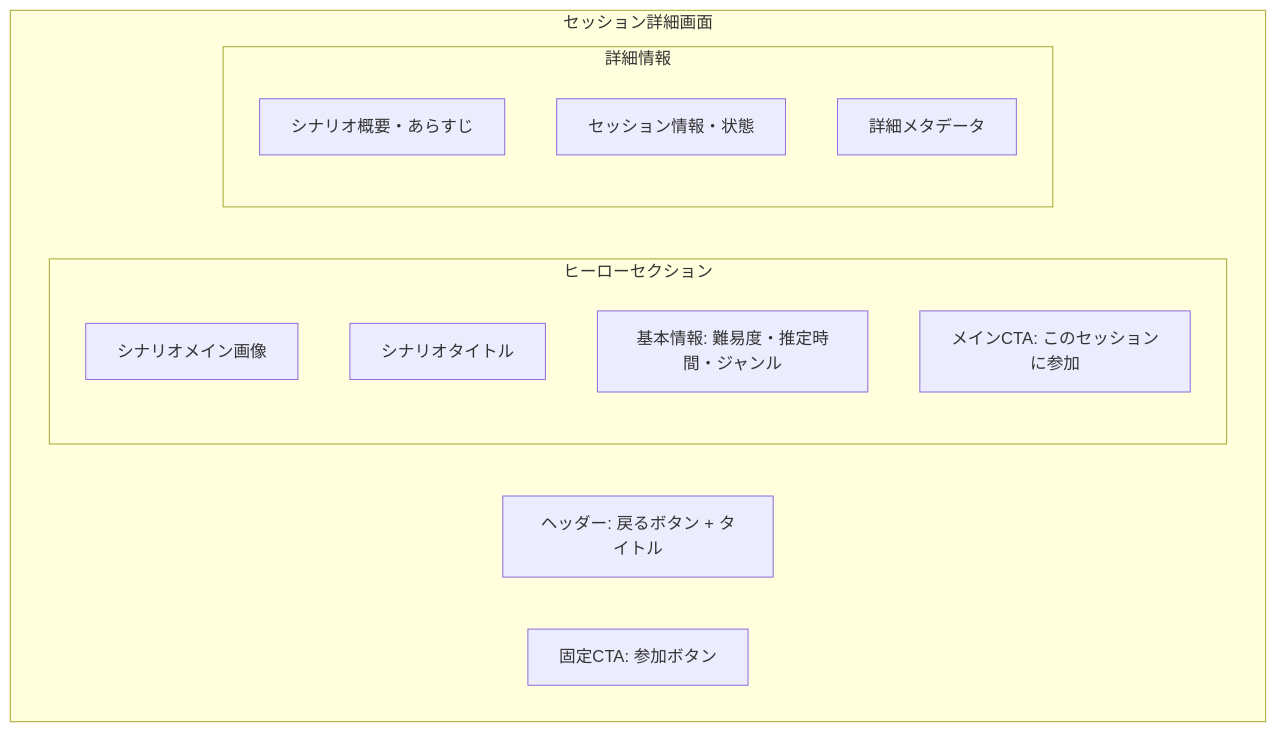
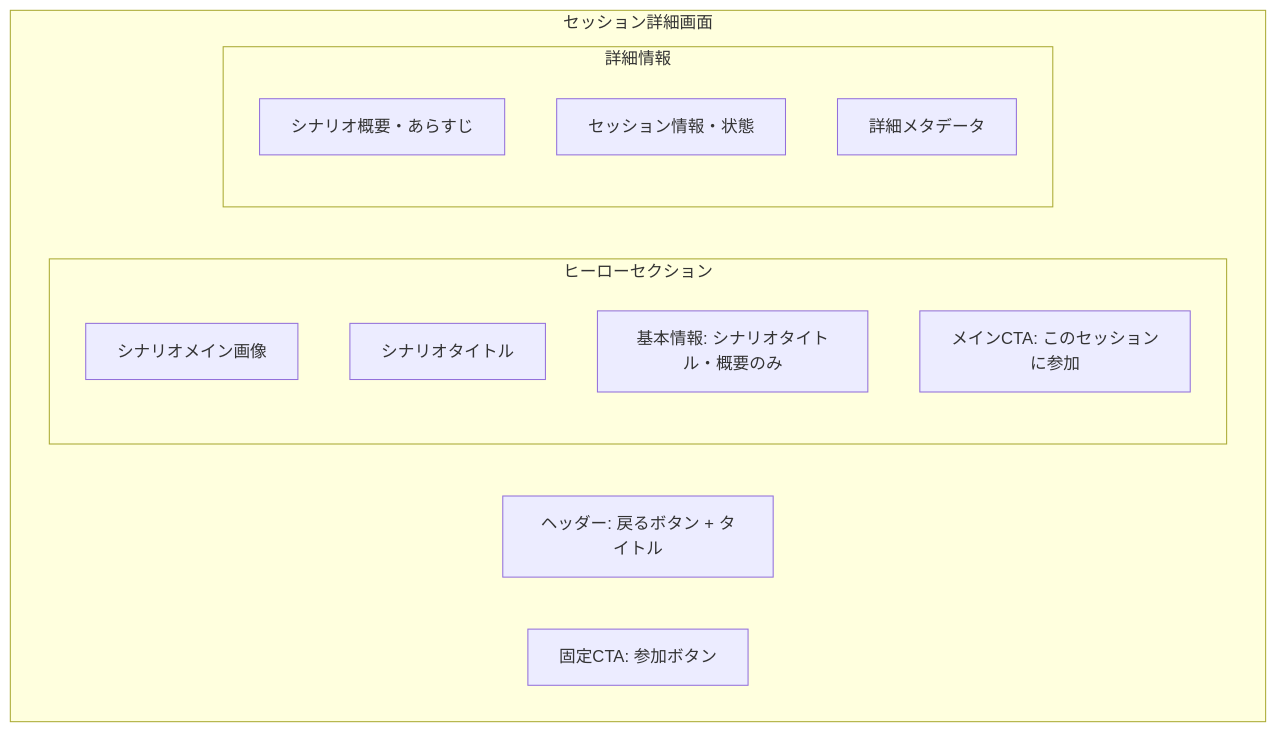
Before and after one commit to hibohiboo/odyssage: the diagram in docs/02-architecture/player-context/screens/session-detail.md, drawn with Mermaid. The commit also changed other lines of this file and 3 other files, not shown here.

````diff
--- a/docs/02-architecture/player-context/screens/session-detail.md
+++ b/docs/02-architecture/player-context/screens/session-detail.md
@@ -26,21 +26,21 @@
 ```mermaid
 graph TB
     subgraph "セッション詳細画面"
         DetailHeader[ヘッダー: 戻るボタン + タイトル]
         
         subgraph "ヒーローセクション"
             HeroImage[シナリオメイン画像]
             HeroTitle[シナリオタイトル]
-            HeroMeta[基本情報: 難易度・推定時間・ジャンル]
+            HeroMeta[基本情報: シナリオタイトル・概要のみ]
             HeroCTA[メインCTA: このセッションに参加]
         end
         
         subgraph "詳細情報"
             OverviewSection[シナリオ概要・あらすじ]
             SessionInfoSection[セッション情報・状態]
             MetadataSection[詳細メタデータ]
         end
         
         FloatingCTA[固定CTA: 参加ボタン]
     end
 ```
````
